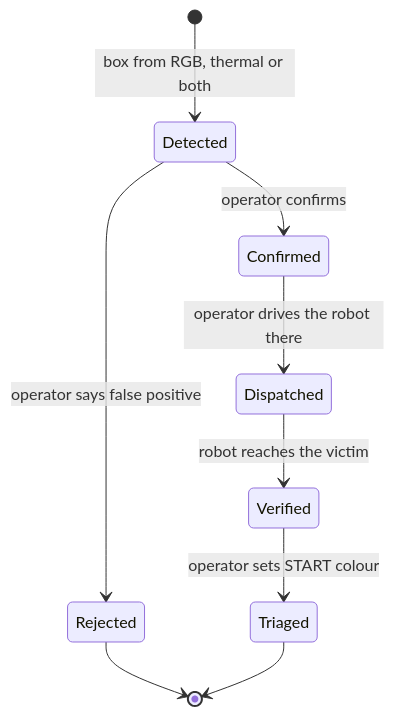
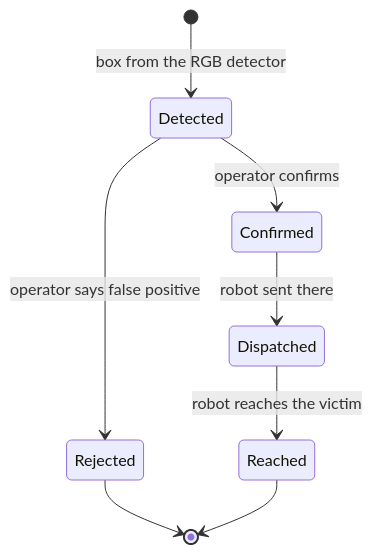
The third of 3 diagrams in README.md (sagyzdop/capstone), drawn with Mermaid before and after one commit. The commit also changed other lines of this file and 13 other files, not shown here.

````diff
--- a/README.md
+++ b/README.md
@@ -85,11 +90,10 @@
 ```mermaid
 stateDiagram-v2
-    [*] --> Detected: box from RGB, thermal or both
+    [*] --> Detected: box from the RGB detector
     Detected --> Rejected: operator says false positive
     Detected --> Confirmed: operator confirms
-    Confirmed --> Dispatched: operator drives the robot there
-    Dispatched --> Verified: robot reaches the victim
-    Verified --> Triaged: operator sets START colour
+    Confirmed --> Dispatched: robot sent there
+    Dispatched --> Reached: robot reaches the victim
     Rejected --> [*]
-    Triaged --> [*]
+    Reached --> [*]
 ```
````
